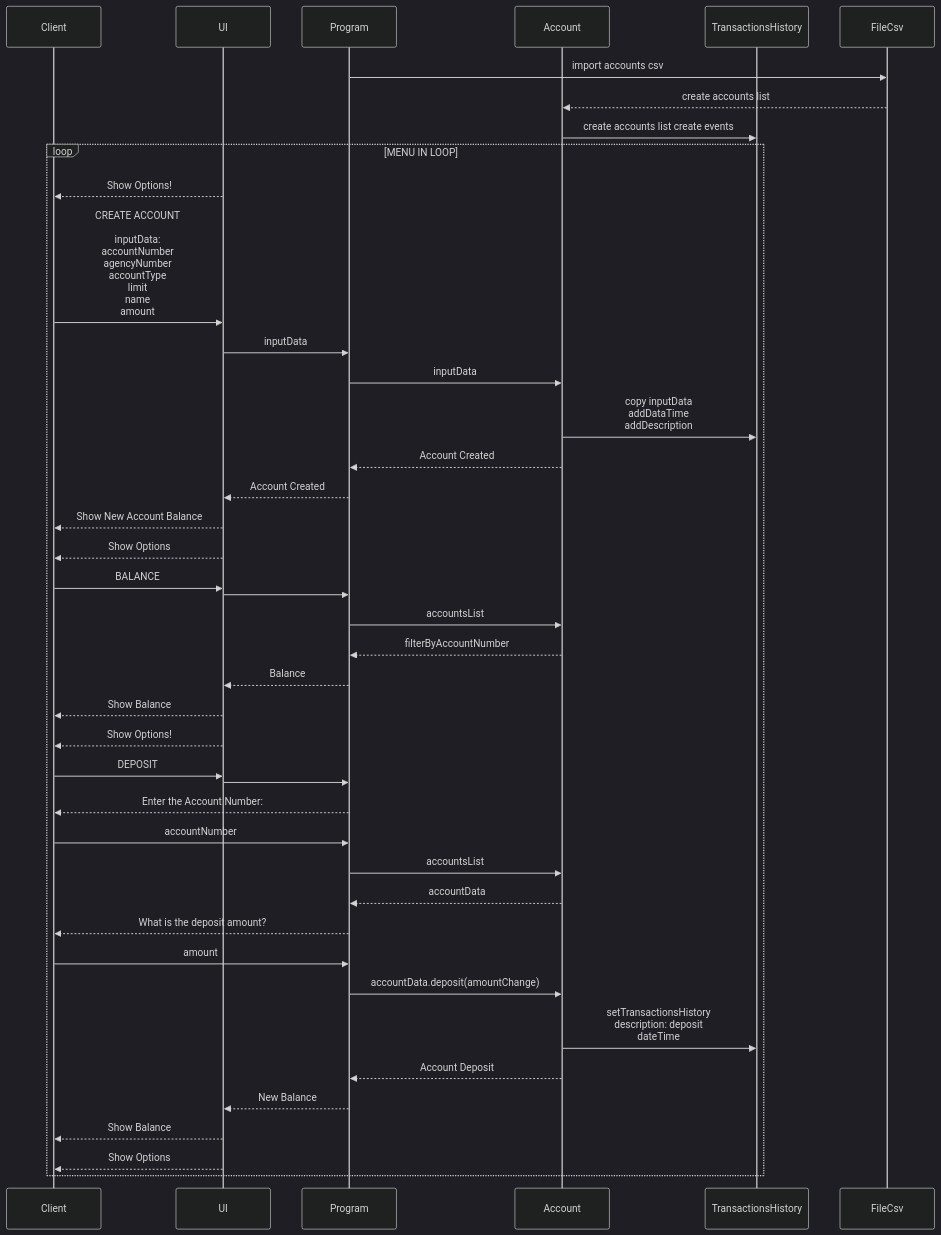
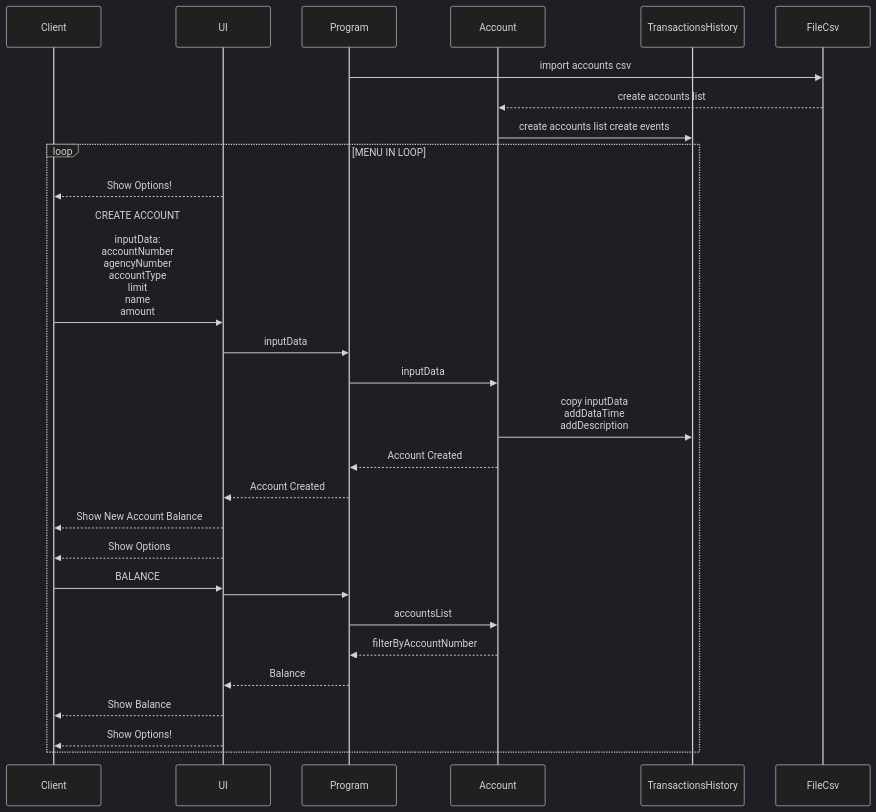
The first of 4 diagrams in README.md (segodimor2d2/renewjava01), drawn with Mermaid (dark theme) before and after one commit. The commit also changed other lines of this file, not shown here.

Commit message:
sequence03

````diff
--- a/README.md
+++ b/README.md
@@ -4,56 +4,36 @@
 ```mermaid
 sequenceDiagram
 participant Client
 participant UI
 participant Program
 
 participant Account
 participant TransactionsHistory
 participant FileCsv
     
 Program->>FileCsv: import accounts csv
 FileCsv-->>Account: create accounts list
 Account->>TransactionsHistory: create accounts list create events
 
 loop MENU IN LOOP
 UI-->>Client: Show Options!
 
 Client->>UI: CREATE ACCOUNT<br><br>inputData:<br>accountNumber<br>agencyNumber<br>accountType<br>limit<br>name<br>amount
 UI->>Program: inputData
 Program->>Account: inputData
 Account->>TransactionsHistory: copy inputData<br>addDataTime<br>addDescription
 Account-->>Program: Account Created
 Program-->>UI: Account Created
 UI-->>Client: Show New Account Balance
 UI-->>Client: Show Options
 
 Client->>UI: BALANCE
 UI->>Program: 
 Program->>Account: accountsList
 Account-->>Program: filterByAccountNumber
 Program-->>UI: Balance
 UI-->>Client: Show Balance
 UI-->>Client: Show Options!
 
-
-Client->>UI: DEPOSIT
-UI->>Program: 
-Program-->>Client: Enter the Account Number:
-Client->>Program: accountNumber
-Program->>Account: accountsList
-Account-->>Program: accountData
-Program-->>Client: What is the deposit amount?
-Client->>Program: amount
-Program->>Account: accountData.deposit(amountChange)
-Account->>TransactionsHistory: setTransactionsHistory<br>description: deposit<br>dateTime
-Account-->>Program: Account Deposit
-Program-->>UI: New Balance
-UI-->>Client: Show Balance
-UI-->>Client: Show Options
-
-
-end
-    
-
-
+end     
 ```
````
